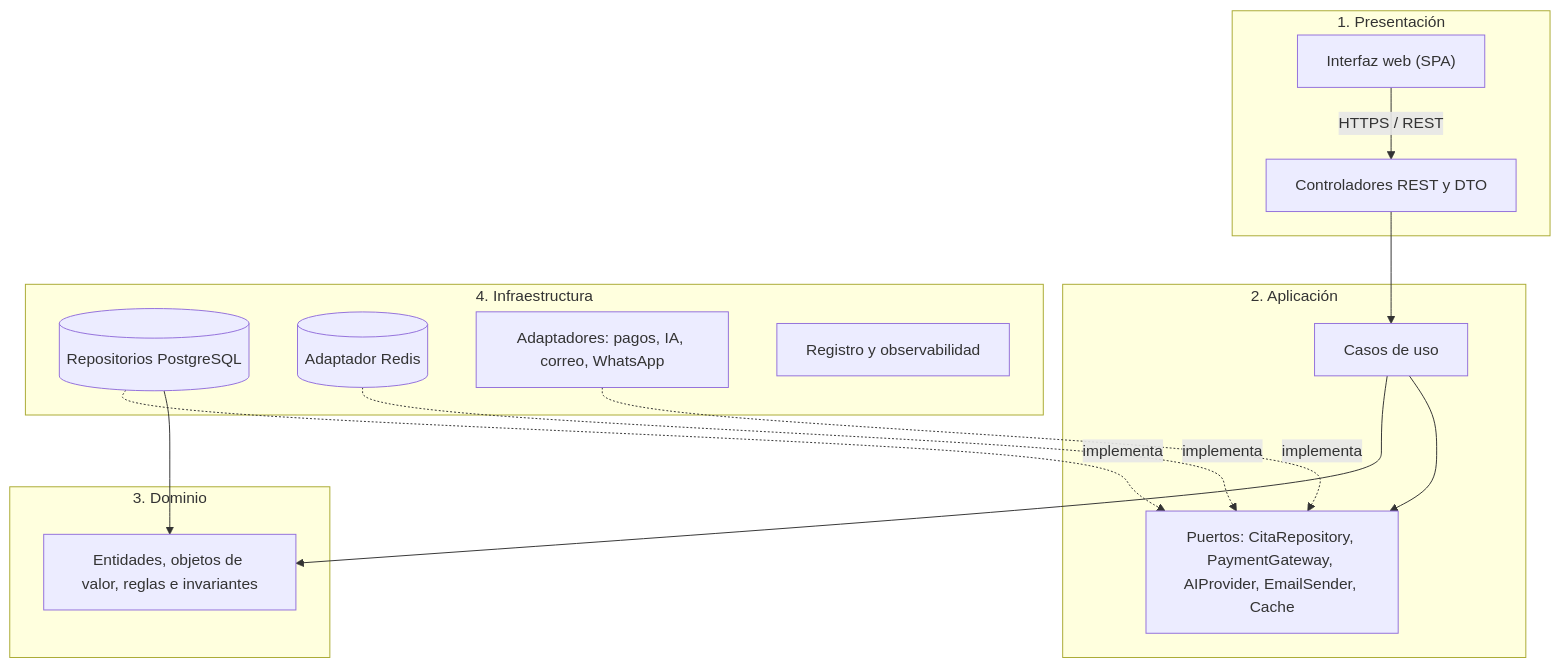
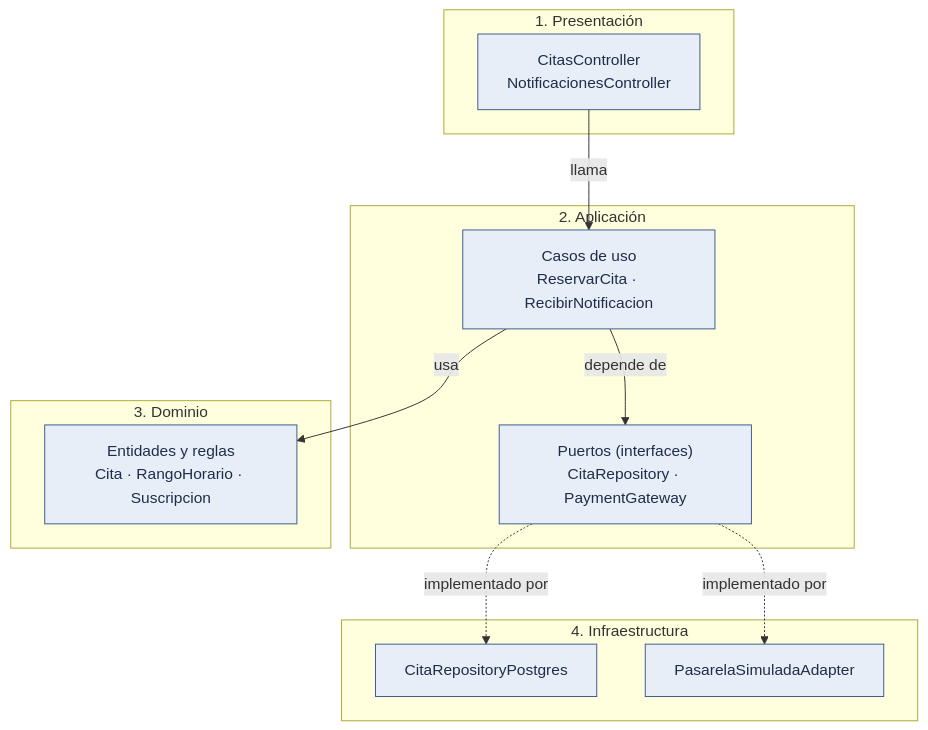
One commit to semcham/proyecto-final-barberia-ayacucho changed the diagram in docs/02-arquitectura-software/enfoque-arquitectonico.md. Above: the diagram before and after it, drawn with Mermaid. The commit also changed other lines of this file and 67 other files, not shown here.

Commit message:
docs: documentación y diagramas coherentes con 001, 002, 003 .... 006

````diff
--- a/docs/02-arquitectura-software/enfoque-arquitectonico.md
+++ b/docs/02-arquitectura-software/enfoque-arquitectonico.md
@@ -44,28 +47,25 @@
 ```mermaid
 flowchart TB
     subgraph PRES["1. Presentación"]
-        FE["Interfaz web (SPA)"]
-        CTRL["Controladores REST y DTO"]
+        CTRL["CitasController<br/>NotificacionesController"]
     end
     subgraph APP["2. Aplicación"]
-        UC["Casos de uso"]
-        PORTS["Puertos: CitaRepository, PaymentGateway, AIProvider, EmailSender, Cache"]
+        UC["Casos de uso<br/>ReservarCita · RecibirNotificacion"]
+        PORTS["Puertos (interfaces)<br/>CitaRepository · PaymentGateway"]
     end
     subgraph DOM["3. Dominio"]
-        ENT["Entidades, objetos de valor, reglas e invariantes"]
+        ENT["Entidades y reglas<br/>Cita · RangoHorario · Suscripcion"]
     end
     subgraph INFRA["4. Infraestructura"]
-        PG[("Repositorios PostgreSQL")]
-        RD[("Adaptador Redis")]
-        EXT["Adaptadores: pagos, IA, correo, WhatsApp"]
-        OBS["Registro y observabilidad"]
+        REPO["CitaRepositoryPostgres"]
+        PAS["PasarelaSimuladaAdapter"]
     end
-    FE -->|"HTTPS / REST"| CTRL
-    CTRL --> UC
-    UC --> ENT
-    UC --> PORTS
-    PG -.->|"implementa"| PORTS
-    RD -.->|"implementa"| PORTS
-    EXT -.->|"implementa"| PORTS
-    PG --> ENT
+    CTRL -->|"llama"| UC
+    UC -->|"usa"| ENT
+    UC -->|"depende de"| PORTS
+    PORTS -.->|"implementado por"| REPO
+    PORTS -.->|"implementado por"| PAS
+
+    classDef implementado fill:#e8eef7,stroke:#3b5b8c,color:#1f2d4a
+    class CTRL,UC,PORTS,ENT,REPO,PAS implementado
 ```
````
